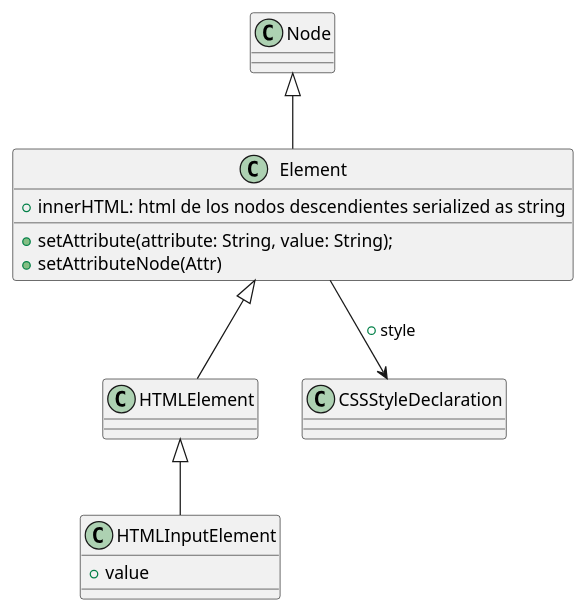
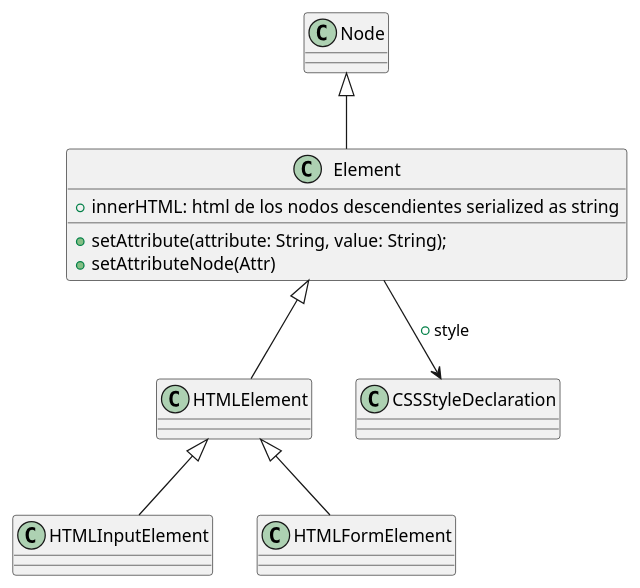
Before and after one commit to PabloMartinFluvia/tech-dhtml: the diagram in docs/dhtml/elements/Element.plantuml, drawn with PlantUML. The commit also changed 36 other files, not shown here.

```diff
--- a/docs/dhtml/elements/Element.plantuml
+++ b/docs/dhtml/elements/Element.plantuml
@@ -1,21 +1,22 @@
 @startuml element
 
 class Element {
     + innerHTML: html de los nodos descendientes serialized as string
 
     + setAttribute(attribute: String, value: String);
     + setAttributeNode(Attr)
 }
 Node <|-- Element
 
 class HTMLElement 
 Element <|-- HTMLElement
 Element --> CSSStyleDeclaration: + style
 
-class HTMLInputElement {
-    + value
-}
+class HTMLInputElement 
 HTMLElement <|-- HTMLInputElement
+
+class HTMLFormElement
+HTMLElement <|-- HTMLFormElement
 
 class CSSStyleDeclaration
 @enduml
```
